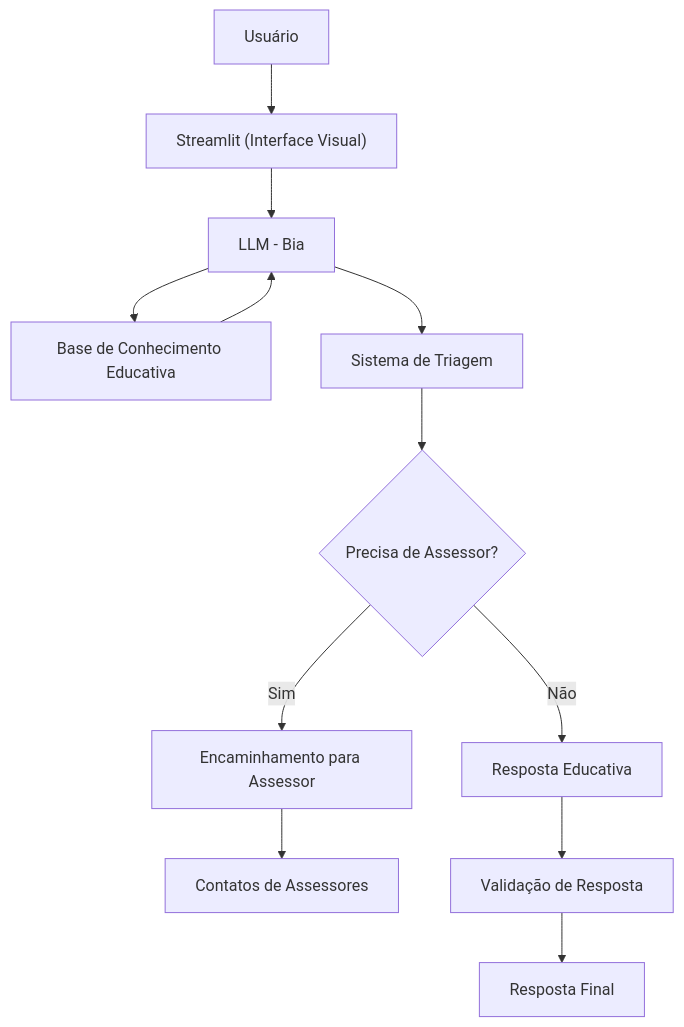
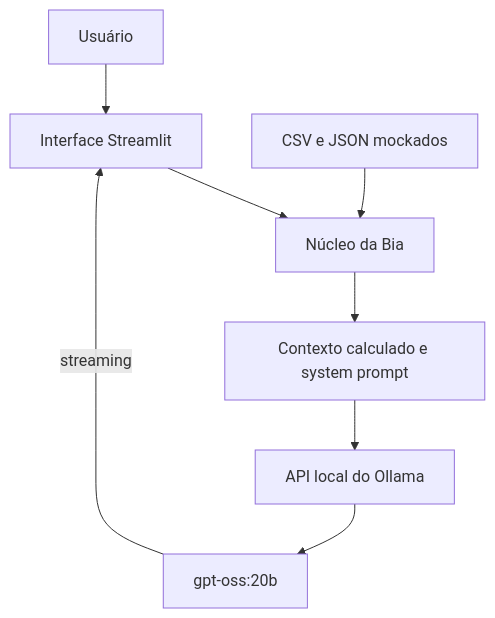
One commit to SamuelMonsalvesMoreira/Bia-Bradesco-Dio changed the diagram in docs/01-documentacao-agente.md. Above: the diagram before and after it, drawn with Mermaid. The commit also changed other lines of this file and 8 other files, not shown here.

````diff
--- a/docs/01-documentacao-agente.md
+++ b/docs/01-documentacao-agente.md
@@ -53,14 +21,10 @@
 ```mermaid
 flowchart TD
-    A[Usuário] --> B["Streamlit (Interface Visual)"]
-    B --> C[LLM - Bia]
-    C --> D[Base de Conhecimento Educativa]
-    C --> E[Sistema de Triagem]
-    E --> F{Precisa de Assessor?}
-    F -->|Sim| G[Encaminhamento para Assessor]
-    F -->|Não| H[Resposta Educativa]
-    D --> C
-    G --> I[Contatos de Assessores]
-    H --> J[Validação de Resposta]
-    J --> K[Resposta Final]
+    A[Usuário] --> B[Interface Streamlit]
+    B --> C[Núcleo da Bia]
+    D[CSV e JSON mockados] --> C
+    C --> E[Contexto calculado e system prompt]
+    E --> F[API local do Ollama]
+    F --> G[gpt-oss:20b]
+    G -->|streaming| B
 ```
````
